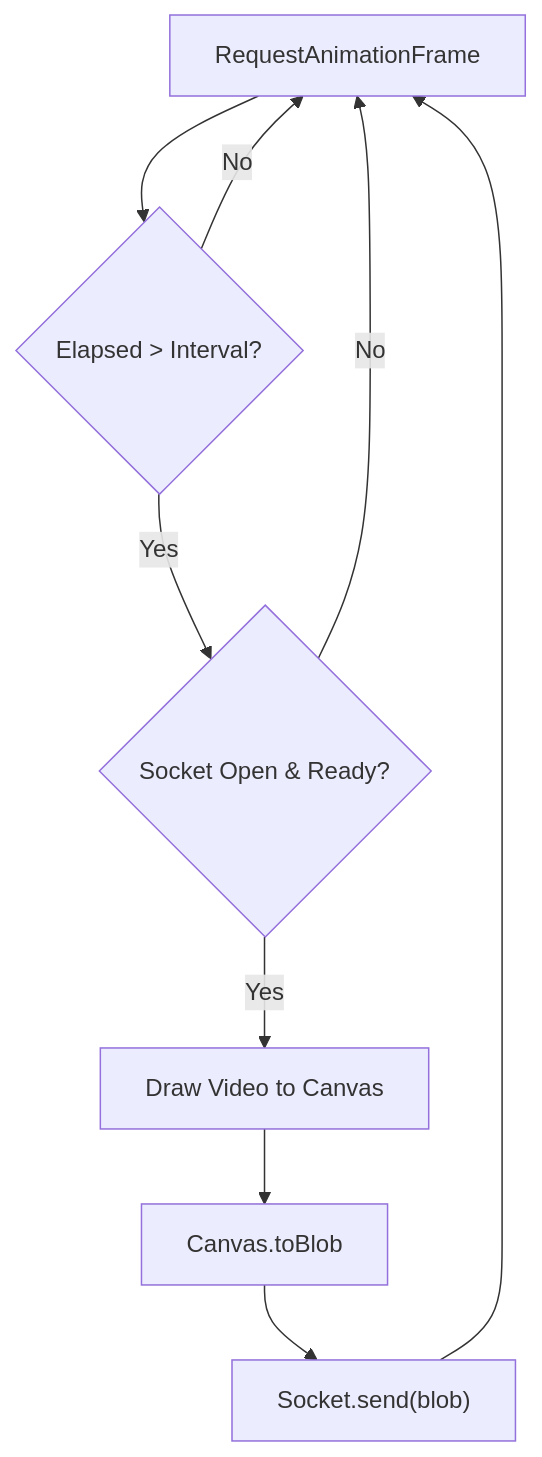
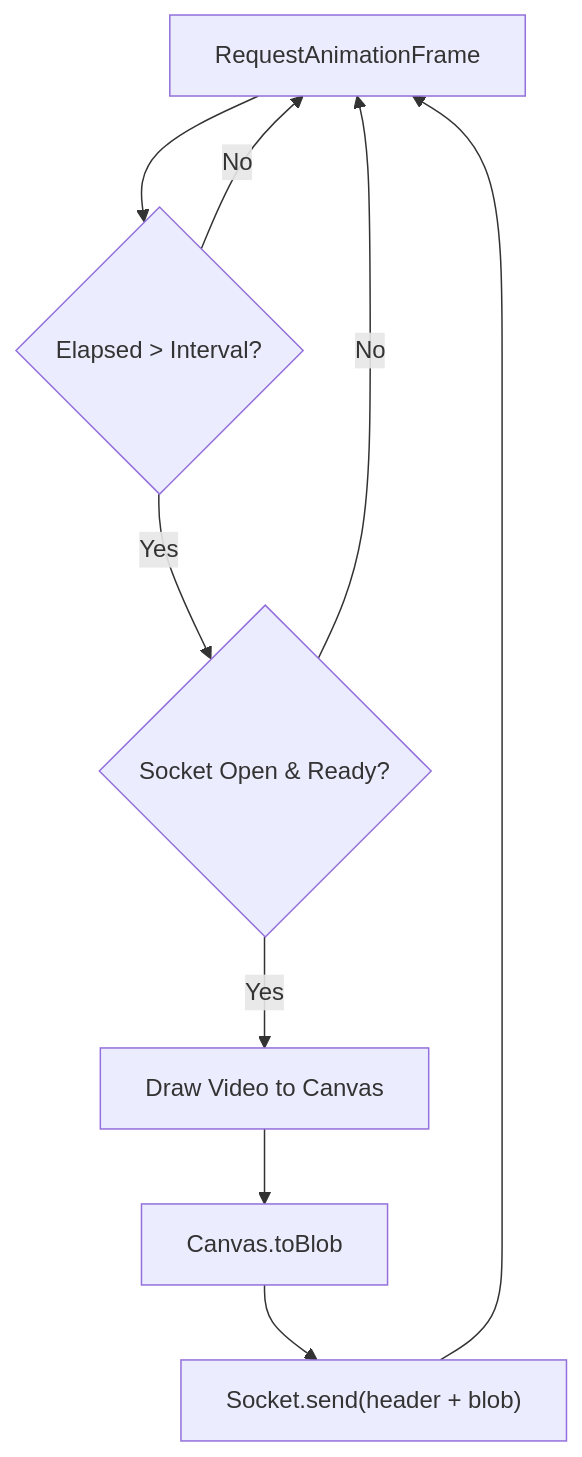
The diagram in docs/source/frontend/live_signs_js.md (yousefelkilany/Word-level-Arabic-Sign-language), drawn with Mermaid before and after one commit. The commit also changed other lines of this file and 30 other files, not shown here.

````diff
--- a/docs/source/frontend/live_signs_js.md
+++ b/docs/source/frontend/live_signs_js.md
@@ -18,11 +19,11 @@
 ```mermaid
 graph TD
     A[RequestAnimationFrame] --> B{Elapsed > Interval?}
     B -->|No| A
     B -->|Yes| C{Socket Open & Ready?}
     C -->|No| A
     C -->|Yes| D[Draw Video to Canvas]
     D --> E[Canvas.toBlob]
-    E --> F["Socket.send(blob)"]
+    E --> F["Socket.send(header + blob)"]
     F --> A
 ```
````
